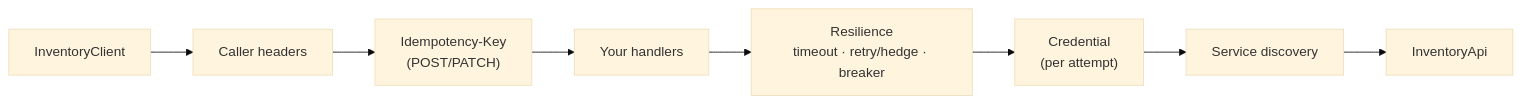
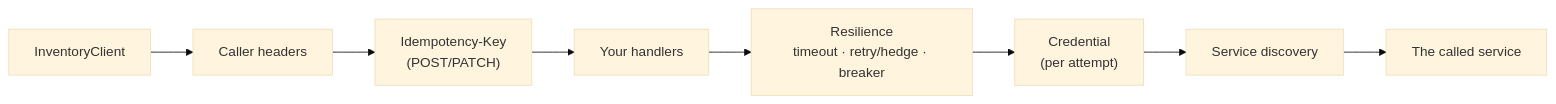
The diagram in src/Infrastructure/Communication/SharedKernel.Communication.Rest/README.md (Gresta-Vertex-Labs/platform-shared-kernel), drawn with Mermaid (base theme) before and after one commit. The commit also changed other lines of this file and 254 other files, not shown here.

````diff
--- a/src/Infrastructure/Communication/SharedKernel.Communication.Rest/README.md
+++ b/src/Infrastructure/Communication/SharedKernel.Communication.Rest/README.md
@@ -95,10 +95,10 @@
 ```mermaid
 flowchart LR
     C["InventoryClient"] --> H["Caller headers"]
     H --> I["Idempotency-Key<br/>(POST/PATCH)"]
     I --> Y["Your handlers"]
     Y --> R["Resilience<br/>timeout · retry/hedge · breaker"]
     R --> A["Credential<br/>(per attempt)"]
     A --> D["Service discovery"]
-    D --> S["InventoryApi"]
+    D --> S["The called service"]
 ```
````
